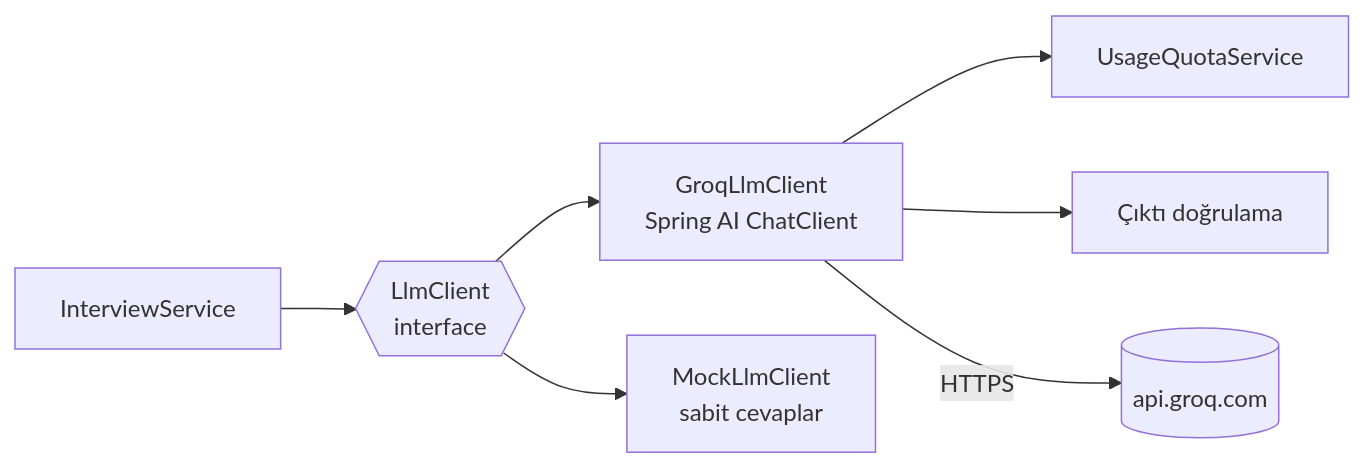
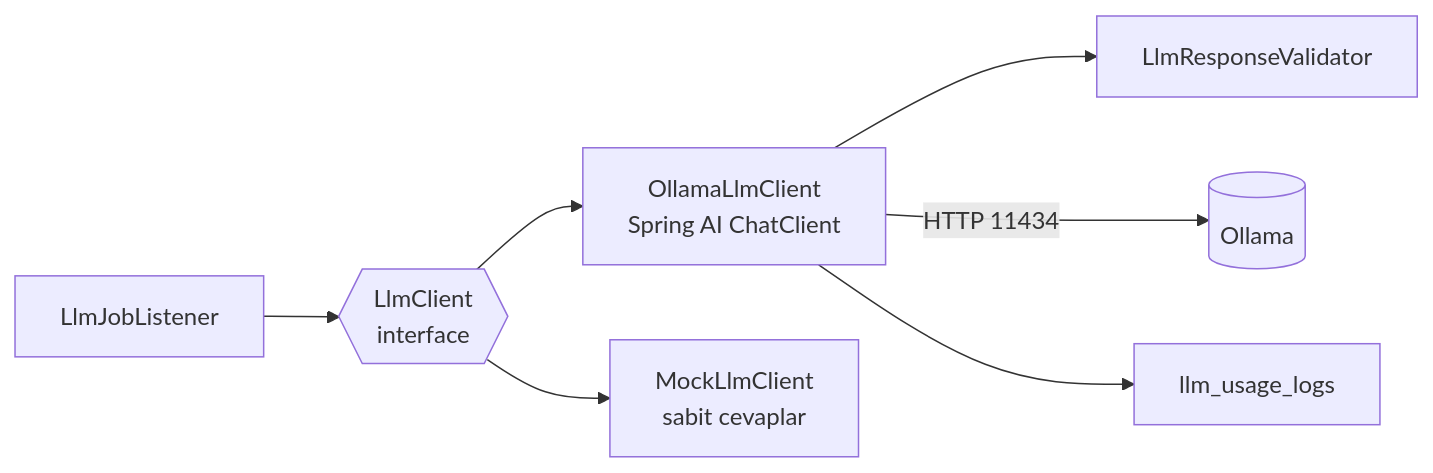
Before and after one commit to OzlemBalikci/DocuMind: the diagram in docs/05-llm-entegrasyonu.md, drawn with Mermaid. The commit also changed other lines of this file and 8 other files, not shown here.

````diff
--- a/docs/05-llm-entegrasyonu.md
+++ b/docs/05-llm-entegrasyonu.md
@@ -55,9 +57,9 @@
 ```mermaid
 flowchart LR
-    S[InterviewService] --> I{{LlmClient<br/>interface}}
-    I --> G[GroqLlmClient<br/>Spring AI ChatClient]
+    W[LlmJobListener] --> I{{LlmClient<br/>interface}}
+    I --> O[OllamaLlmClient<br/>Spring AI ChatClient]
     I --> M[MockLlmClient<br/>sabit cevaplar]
-    G --> Q[UsageQuotaService]
-    G --> V[Çıktı doğrulama]
-    G -->|HTTPS| API[(api.groq.com)]
+    O --> V[LlmResponseValidator]
+    O -->|HTTP 11434| API[(Ollama)]
+    O --> U[llm_usage_logs]
 ```
````
